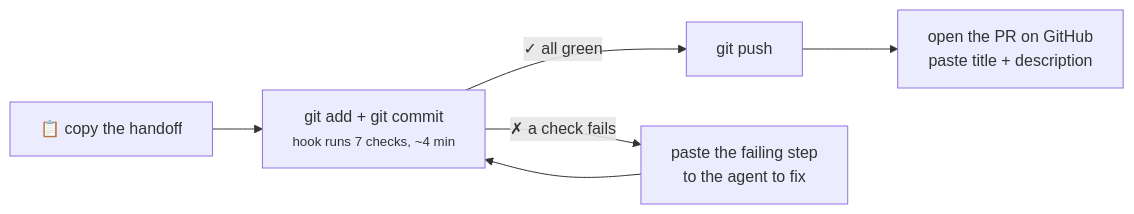
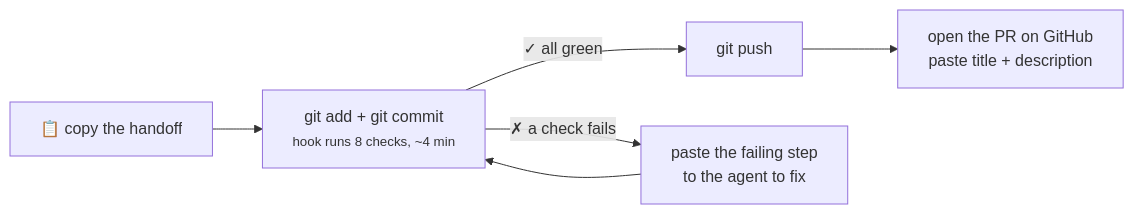
Before and after one commit to jaybecina/ethergrove-chronicles: the sixth of 6 diagrams in docs/agent-workflow.md, drawn with Mermaid. The commit also changed other lines of this file and 16 other files, not shown here.

First line of the commit message:
feat(brain): automate second brain and Graphify upkeep with hooks

````diff
--- a/docs/agent-workflow.md
+++ b/docs/agent-workflow.md
@@ -207,6 +238,6 @@
 ```mermaid
 flowchart LR
-  h["📋 copy the handoff"] --> c["git add + git commit<br/><small>hook runs 7 checks, ~4 min</small>"]
+  h["📋 copy the handoff"] --> c["git add + git commit<br/><small>hook runs 8 checks, ~4 min</small>"]
   c -->|"✓ all green"| p["git push"] --> pr["open the PR on GitHub<br/>paste title + description"]
   c -->|"✗ a check fails"| fix["paste the failing step<br/>to the agent to fix"] --> c
 ```
````
